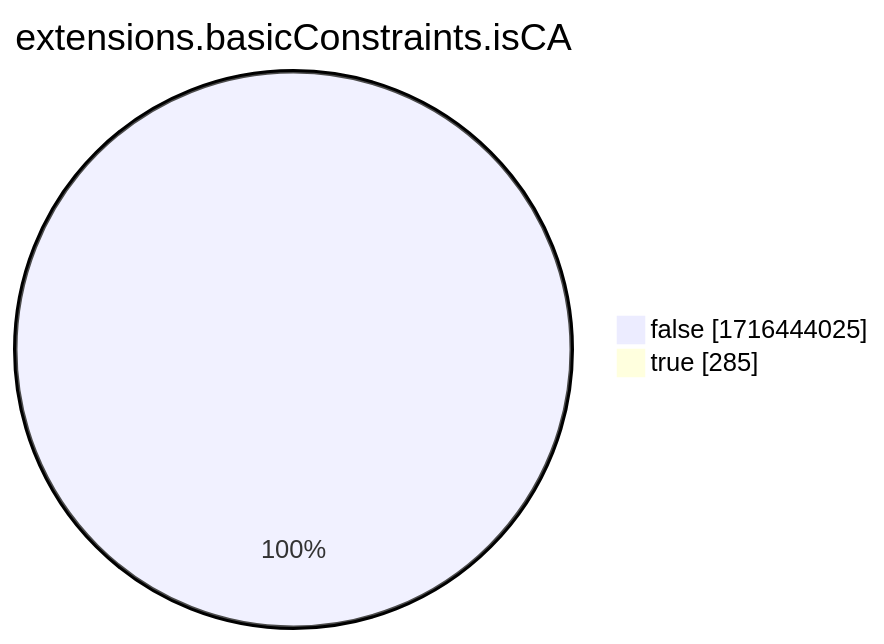
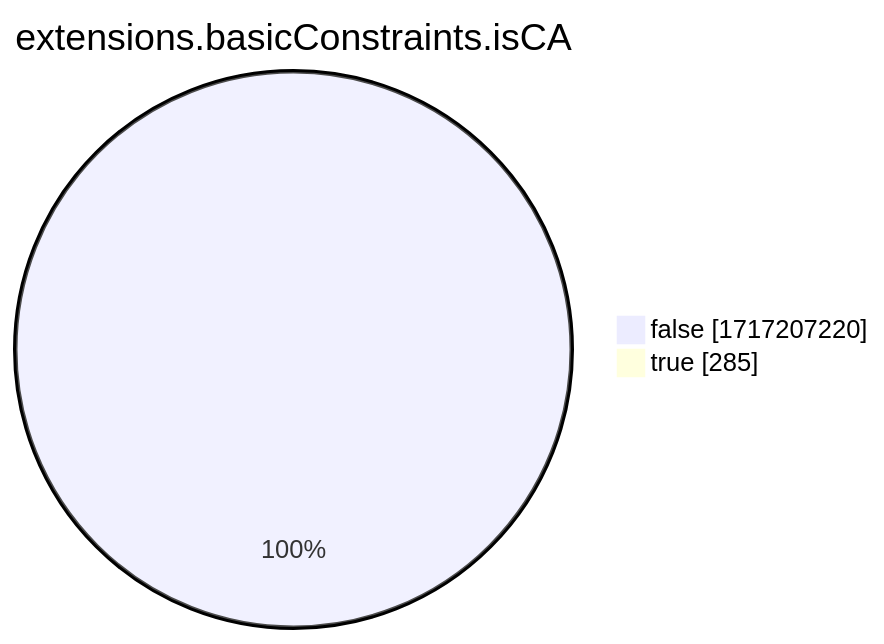
Before and after one commit to christiankrug/ctmonitor_visualization: the eighth of 15 diagrams in xenon2022/README.md, drawn with Mermaid. The commit also changed other lines of this file, not shown here.

````diff
--- a/xenon2022/README.md
+++ b/xenon2022/README.md
@@ -2866,6 +2866,6 @@
 ```mermaid
 pie showData
 title extensions.basicConstraints.isCA
-"false" :1716444025
+"false" :1717207220
 "true" :285
 ```
````
